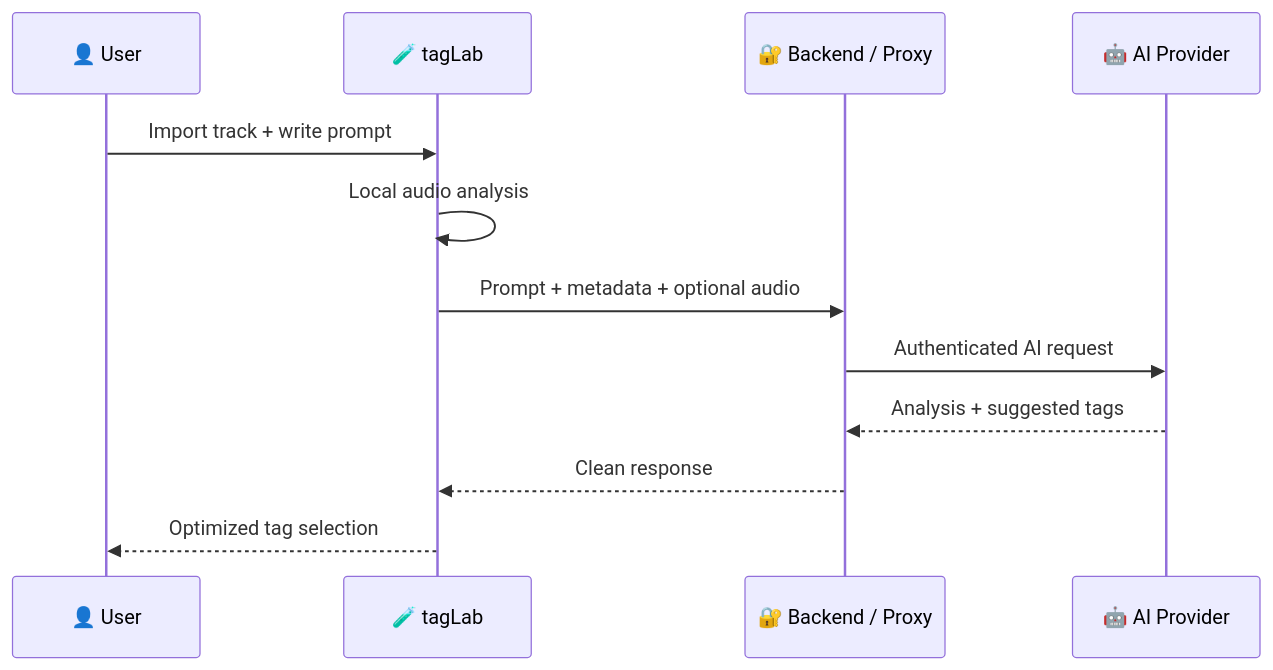
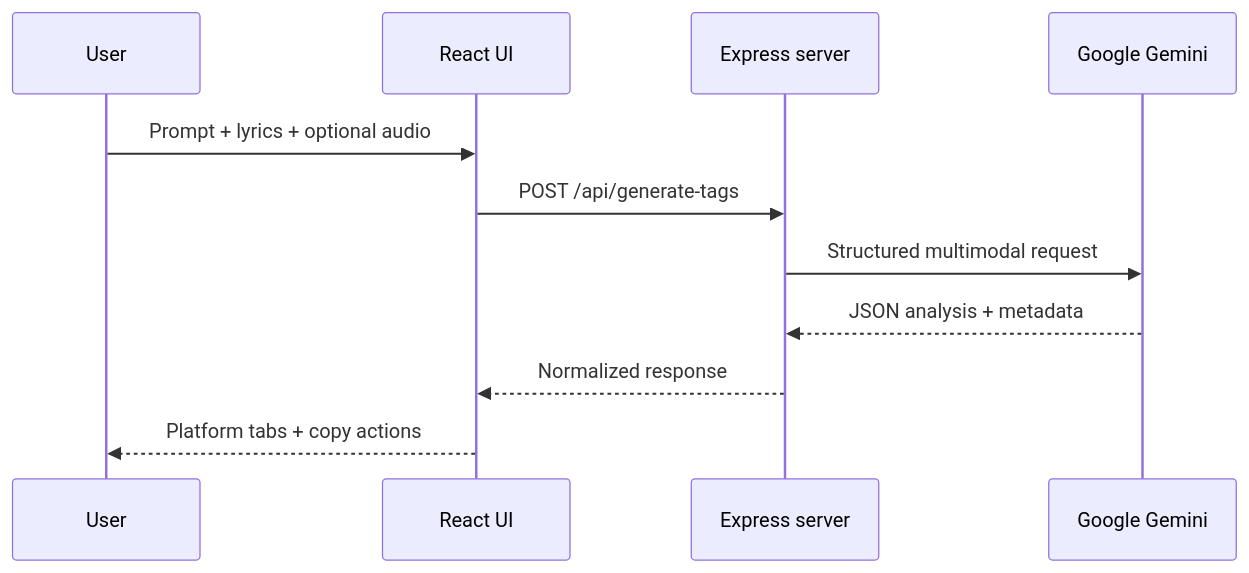
The fourth of 6 diagrams in README.md (DissidentAI/tagLab-), drawn with Mermaid before and after one commit. The commit also changed other lines of this file, not shown here.

Commit message:
docs: rewrite README from current application architecture

````diff
--- a/README.md
+++ b/README.md
@@ -161,15 +341,14 @@
 ```mermaid
 sequenceDiagram
-    participant U as 👤 User
-    participant T as 🧪 tagLab
-    participant P as 🔐 Backend / Proxy
-    participant AI as 🤖 AI Provider
+    participant U as User
+    participant R as React UI
+    participant E as Express server
+    participant G as Google Gemini
 
-    U->>T: Import track + write prompt
-    T->>T: Local audio analysis
-    T->>P: Prompt + metadata + optional audio
-    P->>AI: Authenticated AI request
-    AI-->>P: Analysis + suggested tags
-    P-->>T: Clean response
-    T-->>U: Optimized tag selection
+    U->>R: Prompt + lyrics + optional audio
+    R->>E: POST /api/generate-tags
+    E->>G: Structured multimodal request
+    G-->>E: JSON analysis + metadata
+    E-->>R: Normalized response
+    R-->>U: Platform tabs + copy actions
 ```
````
